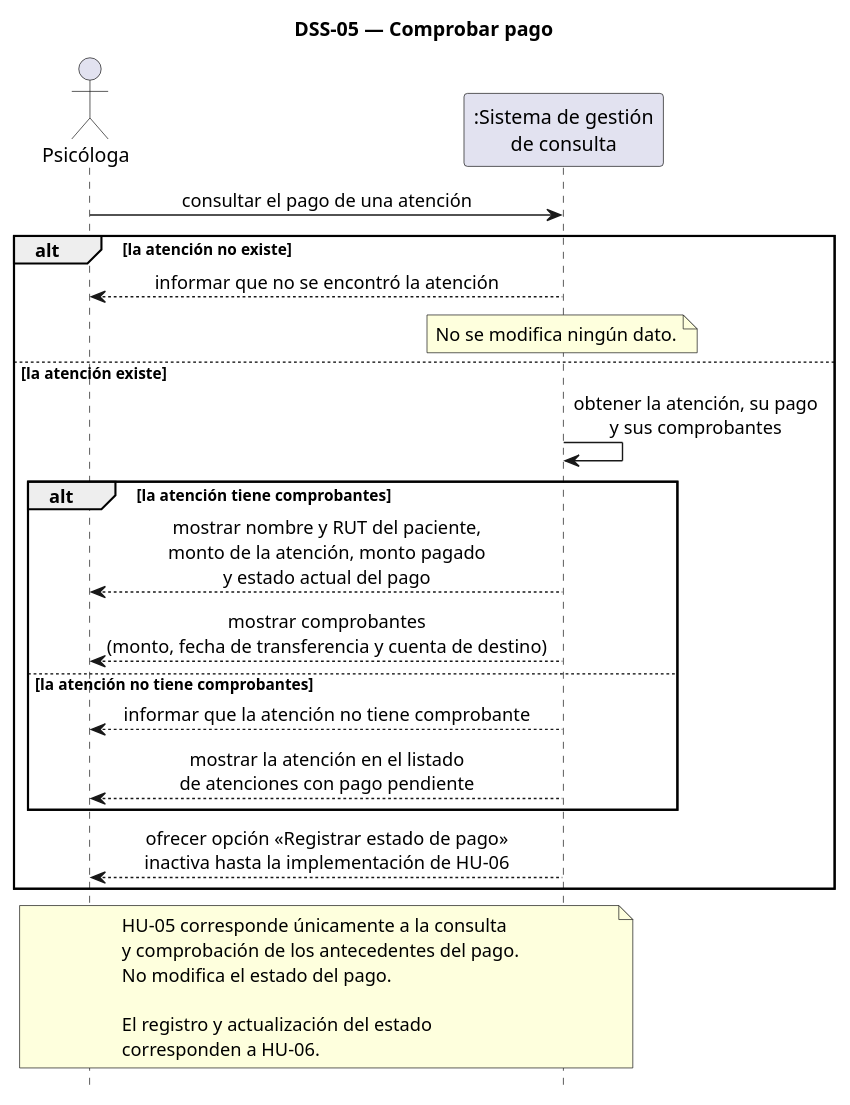
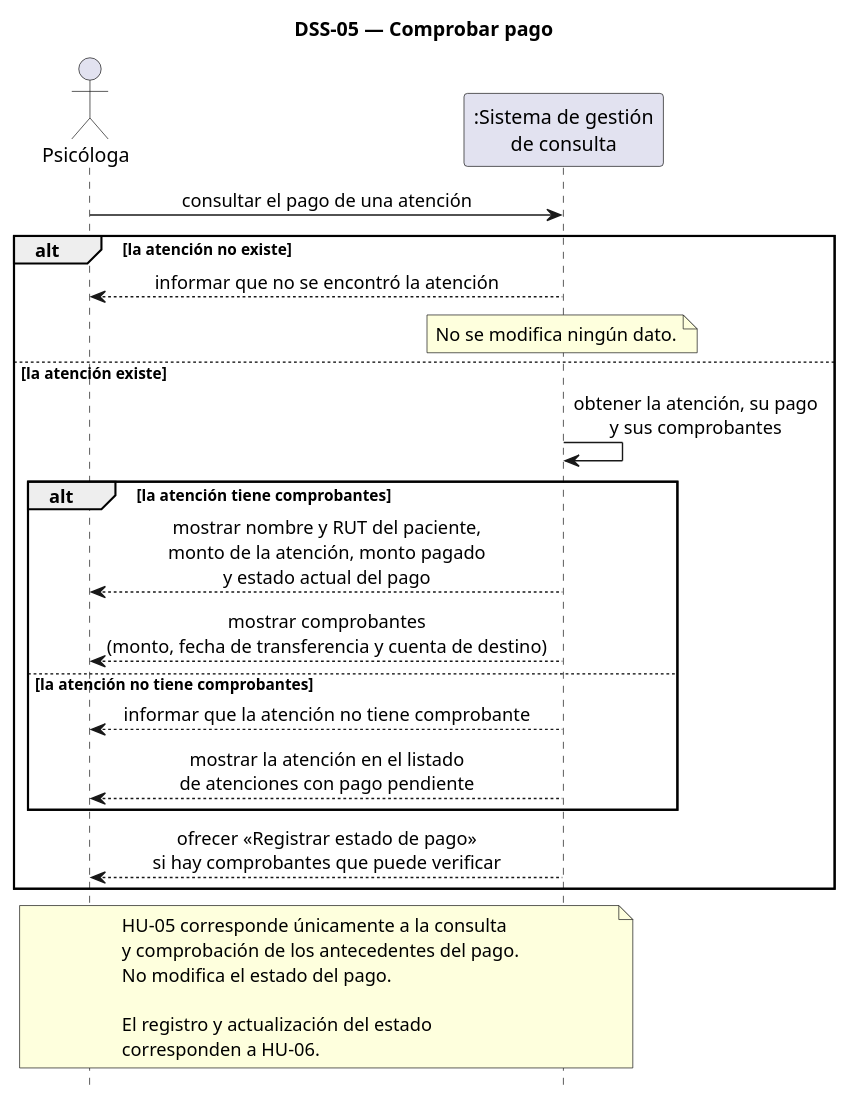
The diagram in diagramas/dss-05.puml (gestion-consulta-psicologica/ingenieria-requisitos), drawn with PlantUML before and after one commit. The commit also changed 74 other files, not shown here.

```diff
--- a/diagramas/dss-05.puml
+++ b/diagramas/dss-05.puml
@@ -1,45 +1,45 @@
 @startuml dss-05
 ' DSS-05 — Comprobar pago (CU-06 / HU-05)
 skinparam shadowing false
 skinparam sequenceMessageAlign center
 hide footbox
 
 title DSS-05 — Comprobar pago
 
 actor "Psicóloga" as PSI
 participant ":Sistema de gestión\nde consulta" as SIS
 
 PSI -> SIS : consultar el pago de una atención
 
 alt la atención no existe
   SIS --> PSI : informar que no se encontró la atención
   note over SIS
     No se modifica ningún dato.
   end note
 
 else la atención existe
   SIS -> SIS : obtener la atención, su pago\ny sus comprobantes
 
   alt la atención tiene comprobantes
     SIS --> PSI : mostrar nombre y RUT del paciente,\nmonto de la atención, monto pagado\ny estado actual del pago
 
     SIS --> PSI : mostrar comprobantes\n(monto, fecha de transferencia y cuenta de destino)
 
   else la atención no tiene comprobantes
     SIS --> PSI : informar que la atención no tiene comprobante
     SIS --> PSI : mostrar la atención en el listado\nde atenciones con pago pendiente
   end
 
-  SIS --> PSI : ofrecer opción «Registrar estado de pago»\ninactiva hasta la implementación de HU-06
+  SIS --> PSI : ofrecer «Registrar estado de pago»\nsi hay comprobantes que puede verificar
 end
 
 note over PSI, SIS
   HU-05 corresponde únicamente a la consulta
   y comprobación de los antecedentes del pago.
   No modifica el estado del pago.
 
   El registro y actualización del estado
   corresponden a HU-06.
 end note
 
 @enduml
```
